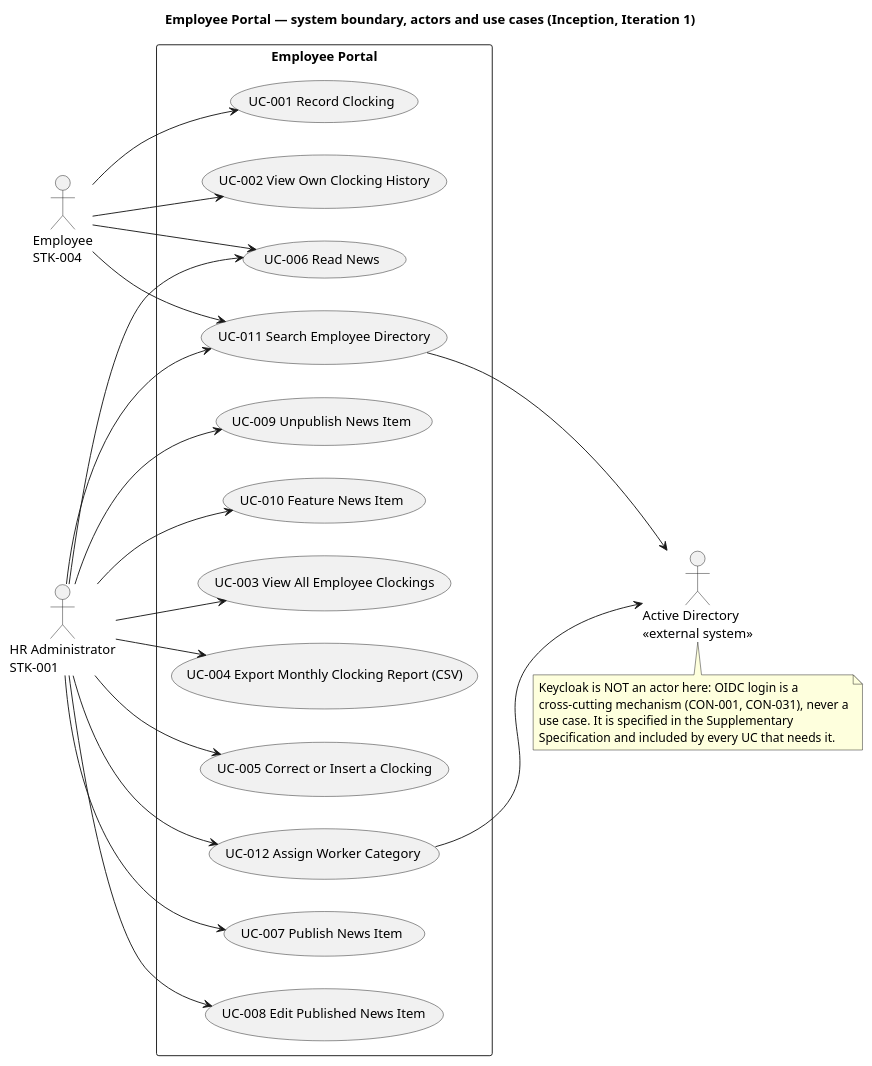
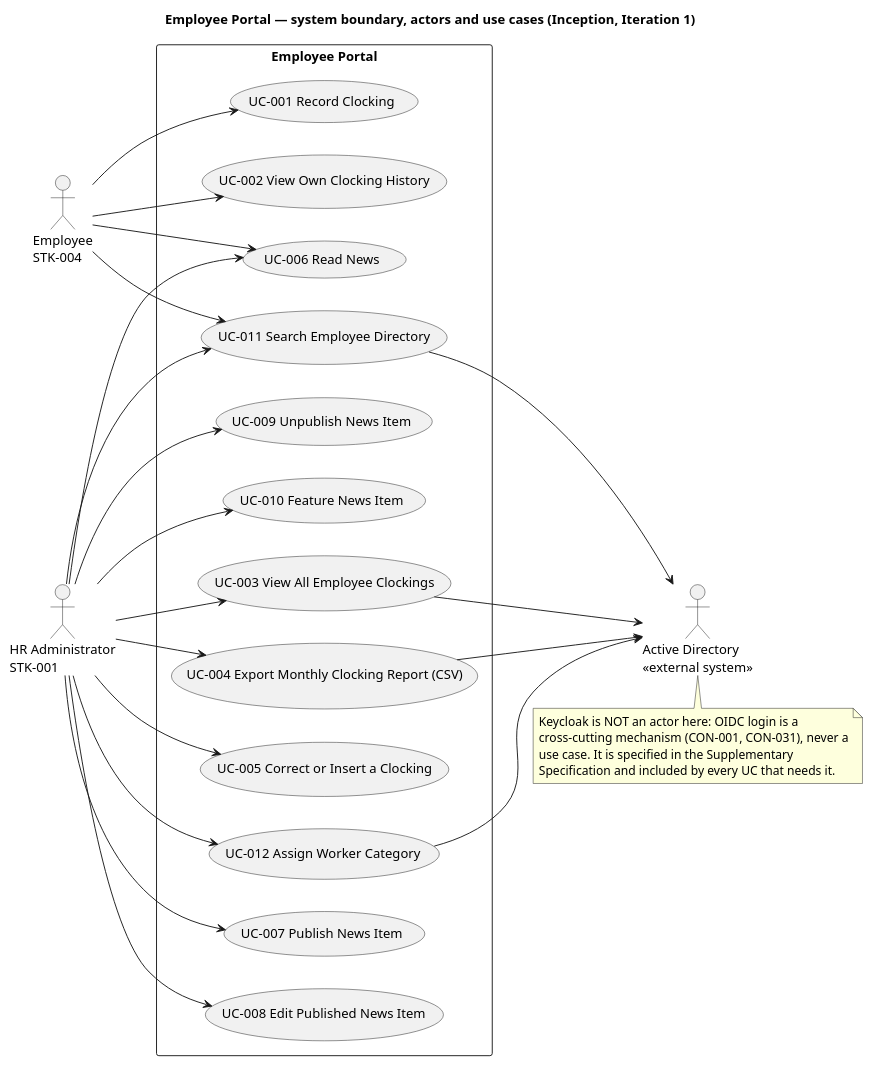
One commit to banense-test/employee-portal changed the second of 3 diagrams in docs/artifacts/requirements/vision.md. Above: the diagram before and after it, drawn with PlantUML. The commit also changed other lines of this file, not shown here.

````diff
--- a/docs/artifacts/requirements/vision.md
+++ b/docs/artifacts/requirements/vision.md
@@ -86,50 +85,52 @@
 ```plantuml
 @startuml
 title Employee Portal — system boundary, actors and use cases (Inception, Iteration 1)
 left to right direction
 skinparam packageStyle rectangle
 
 actor "Employee\nSTK-004" as EMP
 actor "HR Administrator\nSTK-001" as HR
 actor "Active Directory\n<<external system>>" as AD
 
 rectangle "Employee Portal" {
   usecase "UC-001 Record Clocking" as UC001
   usecase "UC-002 View Own Clocking History" as UC002
   usecase "UC-003 View All Employee Clockings" as UC003
   usecase "UC-004 Export Monthly Clocking Report (CSV)" as UC004
   usecase "UC-005 Correct or Insert a Clocking" as UC005
   usecase "UC-006 Read News" as UC006
   usecase "UC-007 Publish News Item" as UC007
   usecase "UC-008 Edit Published News Item" as UC008
   usecase "UC-009 Unpublish News Item" as UC009
   usecase "UC-010 Feature News Item" as UC010
   usecase "UC-011 Search Employee Directory" as UC011
   usecase "UC-012 Assign Worker Category" as UC012
 }
 
 EMP --> UC001
 EMP --> UC002
 EMP --> UC006
 EMP --> UC011
 HR --> UC003
 HR --> UC004
 HR --> UC005
 HR --> UC006
 HR --> UC007
 HR --> UC008
 HR --> UC009
 HR --> UC010
 HR --> UC011
 HR --> UC012
+UC003 --> AD
+UC004 --> AD
 UC011 --> AD
 UC012 --> AD
 
 note bottom of AD
   Keycloak is NOT an actor here: OIDC login is a
   cross-cutting mechanism (CON-001, CON-031), never a
   use case. It is specified in the Supplementary
   Specification and included by every UC that needs it.
 end note
 @enduml
 ```
````
